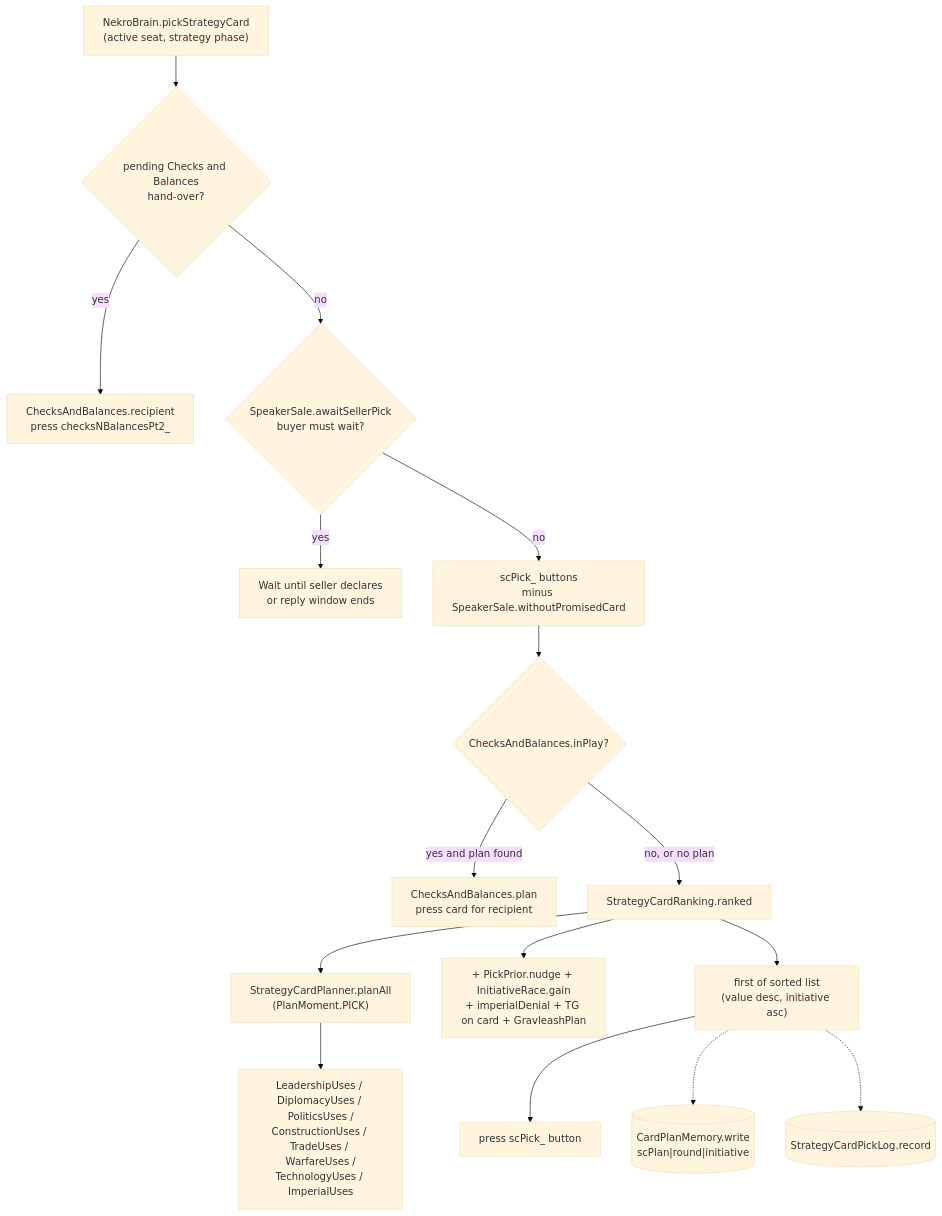
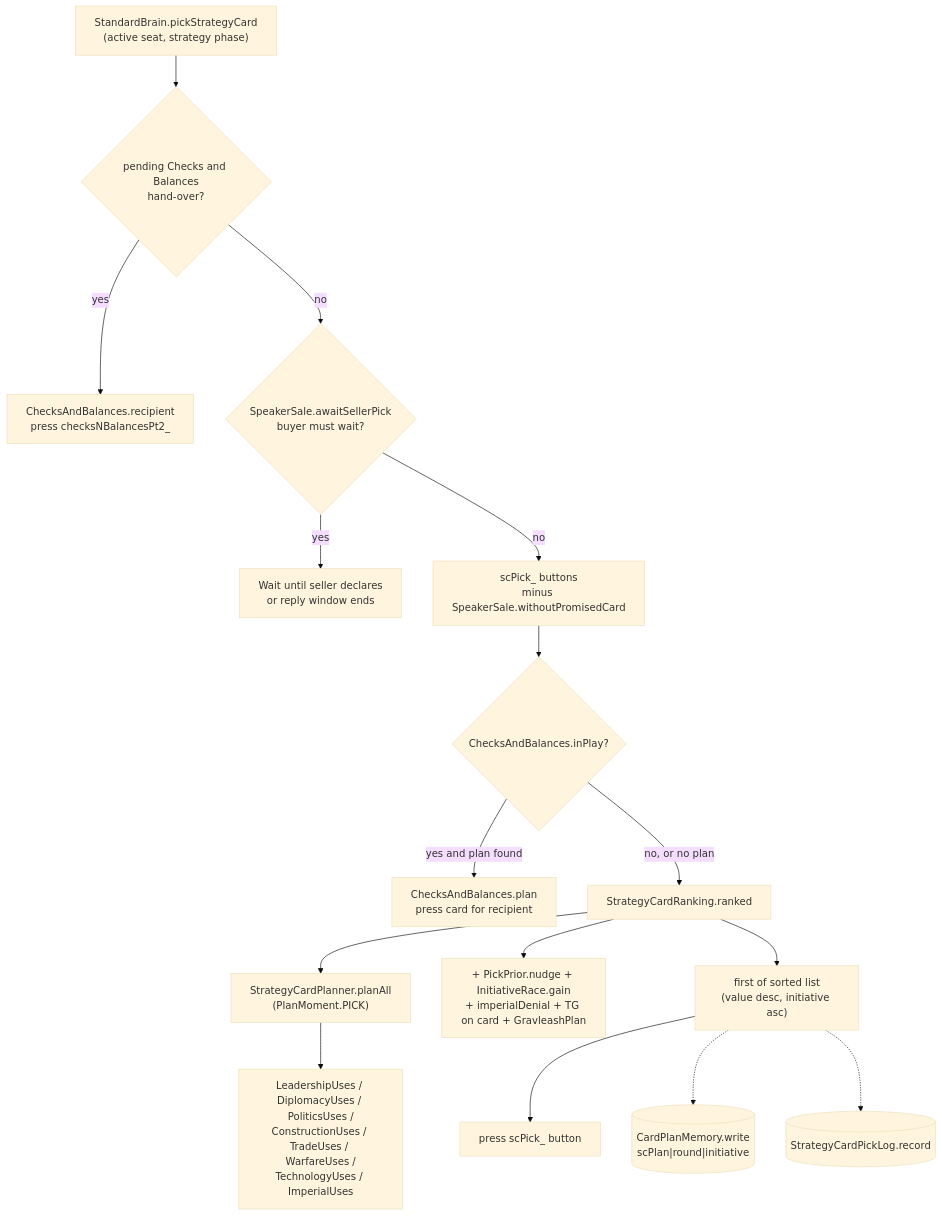
Before and after one commit to AsyncTI4/TI4_map_generator_bot: the first of 2 diagrams in src/main/java/ti4/ai/strategy/README.md, drawn with Mermaid (base theme). The commit also changed other lines of this file and 64 other files, not shown here.

````diff
--- a/src/main/java/ti4/ai/strategy/README.md
+++ b/src/main/java/ti4/ai/strategy/README.md
@@ -48,18 +48,18 @@
 ```mermaid
 flowchart TD
-    PSC["NekroBrain.pickStrategyCard<br/>(active seat, strategy phase)"] --> GIVE{"pending Checks and Balances<br/>hand-over?"}
+    PSC["StandardBrain.pickStrategyCard<br/>(active seat, strategy phase)"] --> GIVE{"pending Checks and Balances<br/>hand-over?"}
     GIVE -- yes --> CBR["ChecksAndBalances.recipient<br/>press checksNBalancesPt2_"]
     GIVE -- no --> WAITP{"SpeakerSale.awaitSellerPick<br/>buyer must wait?"}
     WAITP -- yes --> W1["Wait until seller declares<br/>or reply window ends"]
     WAITP -- no --> FILTER["scPick_ buttons<br/>minus SpeakerSale.withoutPromisedCard"]
     FILTER --> CBQ{"ChecksAndBalances.inPlay?"}
     CBQ -- "yes and plan found" --> CBP["ChecksAndBalances.plan<br/>press card for recipient"]
     CBQ -- "no, or no plan" --> RANK["StrategyCardRanking.ranked"]
     RANK --> PLAN["StrategyCardPlanner.planAll<br/>(PlanMoment.PICK)"]
     PLAN --> USES["LeadershipUses / DiplomacyUses / PoliticsUses /<br/>ConstructionUses / TradeUses / WarfareUses /<br/>TechnologyUses / ImperialUses"]
     RANK --> ADD["+ PickPrior.nudge + InitiativeRace.gain<br/>+ imperialDenial + TG on card + GravleashPlan"]
     RANK --> BEST["first of sorted list<br/>(value desc, initiative asc)"]
     BEST --> PRESS["press scPick_ button"]
     BEST -.-> MEM[("CardPlanMemory.write<br/>scPlan|round|initiative")]
     BEST -.-> LOG[("StrategyCardPickLog.record")]
 ```
````
